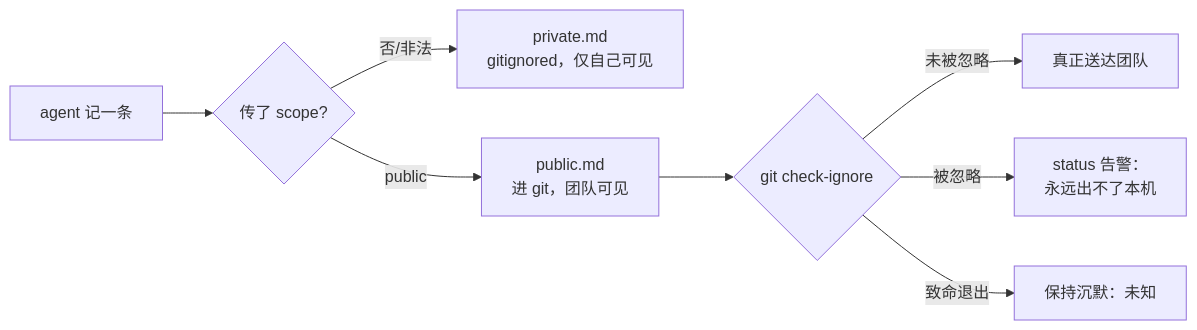
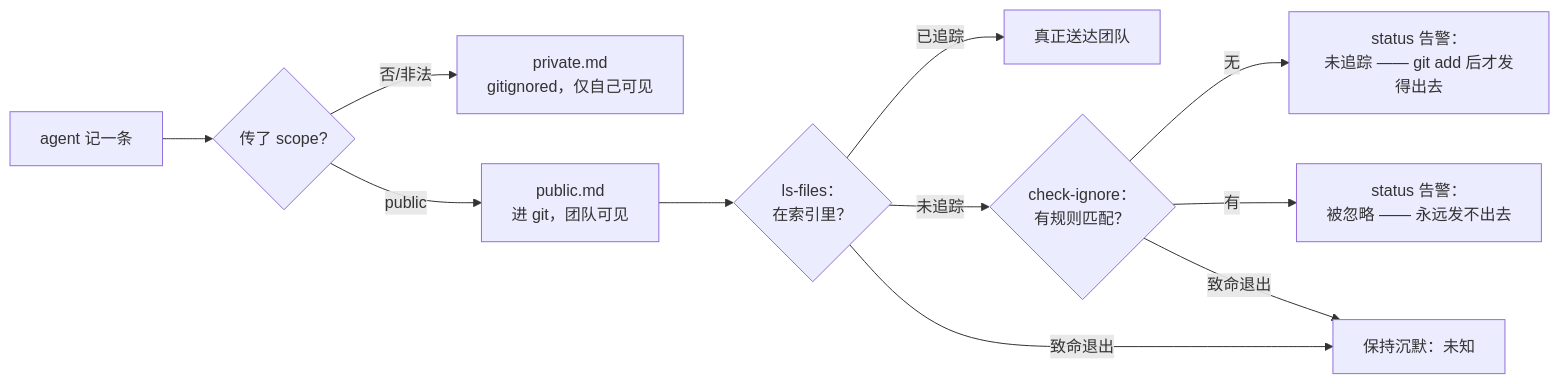
One commit to kenlin8827/opencode-prime changed the diagram in docs/adr/zh/2.0.2-honest-public-scope-in-project-memory.md. Above: the diagram before and after it, drawn with Mermaid. The commit also changed other lines of this file and 27 other files, not shown here.

````diff
--- a/docs/adr/zh/2.0.2-honest-public-scope-in-project-memory.md
+++ b/docs/adr/zh/2.0.2-honest-public-scope-in-project-memory.md
@@ -32,10 +33,13 @@
 ```mermaid
 flowchart LR
     A[agent 记一条] --> B{传了 scope?}
     B -- 否/非法 --> P[private.md<br/>gitignored，仅自己可见]
     B -- public --> U[public.md<br/>进 git，团队可见]
-    U --> C{git check-ignore}
-    C -- 未被忽略 --> S[真正送达团队]
-    C -- 被忽略 --> W[status 告警：<br/>永远出不了本机]
-    C -- 致命退出 --> N[保持沉默：未知]
+    U --> T{ls-files：<br/>在索引里？}
+    T -- 已追踪 --> S[真正送达团队]
+    T -- 未追踪 --> I{check-ignore：<br/>有规则匹配？}
+    I -- 无 --> W1[status 告警：<br/>未追踪 —— git add 后才发得出去]
+    I -- 有 --> W2[status 告警：<br/>被忽略 —— 永远发不出去]
+    T -- 致命退出 --> N[保持沉默：未知]
+    I -- 致命退出 --> N
 ```
````
